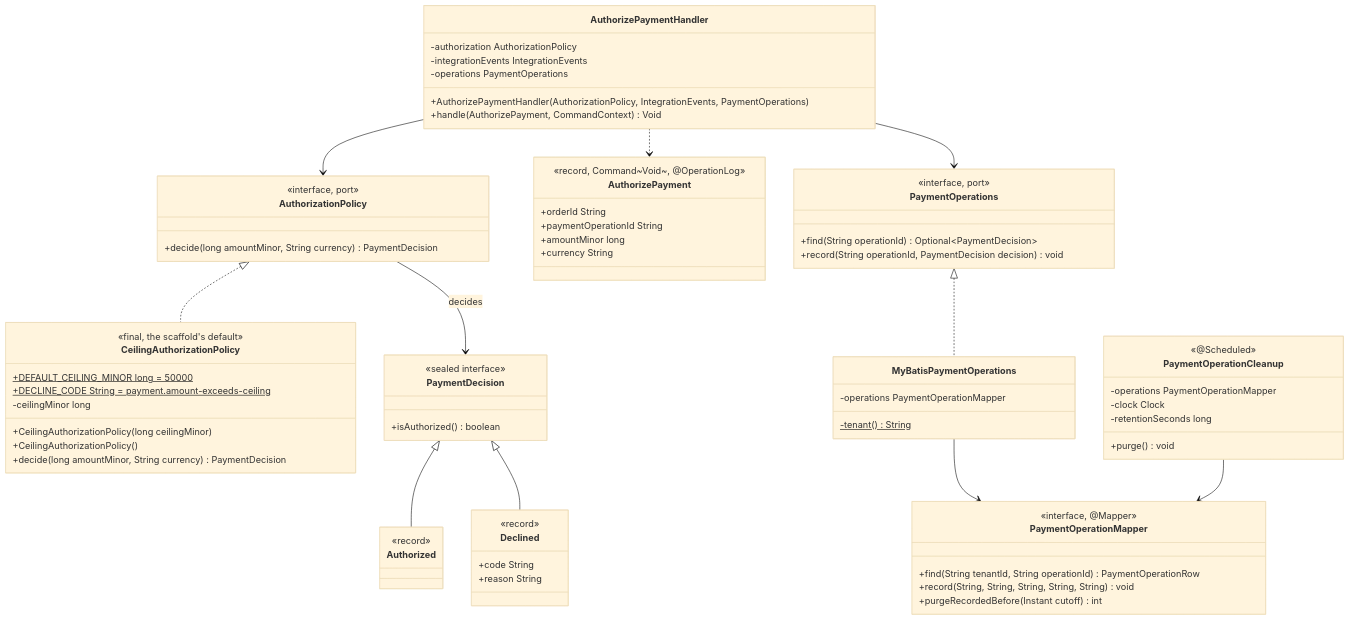
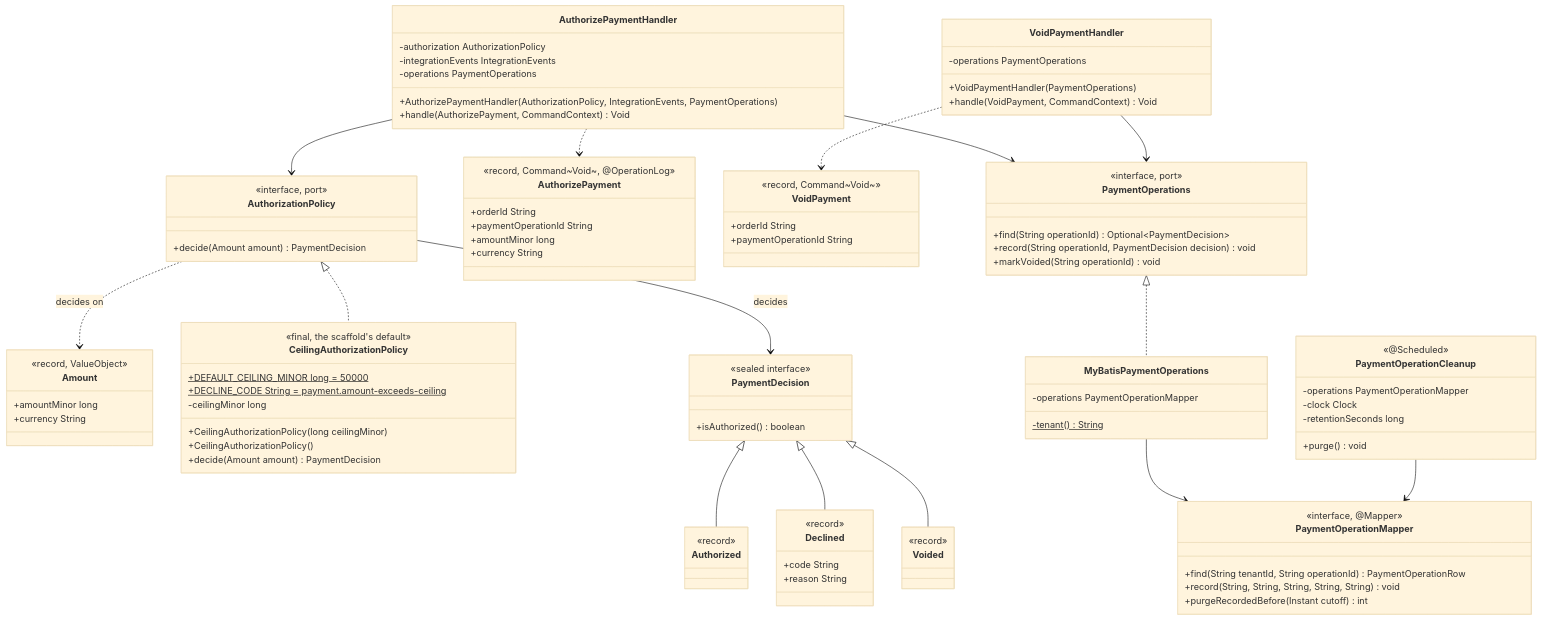
One commit to ryan-alexander-zhang/ai-native-project-template changed the seventh of 9 diagrams in aipersimmon-ddd-scaffold/multi-module/docs/class-diagram.md. Above: the diagram before and after it, drawn with Mermaid (base theme). The commit also changed other lines of this file and 5 other files, not shown here.

```diff
--- a/aipersimmon-ddd-scaffold/multi-module/docs/class-diagram.md
+++ b/aipersimmon-ddd-scaffold/multi-module/docs/class-diagram.md
@@ -860,9 +884,14 @@
 classDiagram
     direction TB
 
+    class Amount {
+        <<record, ValueObject>>
+        +amountMinor long
+        +currency String
+    }
     class AuthorizationPolicy {
         <<interface, port>>
-        +decide(long amountMinor, String currency) PaymentDecision
+        +decide(Amount amount) PaymentDecision
     }
     class CeilingAuthorizationPolicy {
         <<final, the scaffold's default>>
@@ -871,7 +900,7 @@
         -ceilingMinor long
         +CeilingAuthorizationPolicy(long ceilingMinor)
         +CeilingAuthorizationPolicy()
-        +decide(long amountMinor, String currency) PaymentDecision
+        +decide(Amount amount) PaymentDecision
     }
     class PaymentDecision {
         <<sealed interface>>
@@ -884,6 +913,9 @@
         <<record>>
         +code String
         +reason String
+    }
+    class Voided {
+        <<record>>
     }
     class AuthorizePayment {
         <<record, Command~Void~, @OperationLog>>
@@ -899,10 +931,21 @@
         +AuthorizePaymentHandler(AuthorizationPolicy, IntegrationEvents, PaymentOperations)
         +handle(AuthorizePayment, CommandContext) Void
     }
+    class VoidPayment {
+        <<record, Command~Void~>>
+        +orderId String
+        +paymentOperationId String
+    }
+    class VoidPaymentHandler {
+        -operations PaymentOperations
+        +VoidPaymentHandler(PaymentOperations)
+        +handle(VoidPayment, CommandContext) Void
+    }
     class PaymentOperations {
         <<interface, port>>
         +find(String operationId) Optional~PaymentDecision~
         +record(String operationId, PaymentDecision decision) void
+        +markVoided(String operationId) void
     }
     class MyBatisPaymentOperations {
         -operations PaymentOperationMapper
@@ -924,11 +967,15 @@
 
     PaymentDecision <|-- Authorized
     PaymentDecision <|-- Declined
+    PaymentDecision <|-- Voided
     AuthorizationPolicy <|.. CeilingAuthorizationPolicy
+    AuthorizationPolicy ..> Amount : decides on
     AuthorizationPolicy --> PaymentDecision : decides
     AuthorizePaymentHandler ..> AuthorizePayment
     AuthorizePaymentHandler --> AuthorizationPolicy
     AuthorizePaymentHandler --> PaymentOperations
+    VoidPaymentHandler ..> VoidPayment
+    VoidPaymentHandler --> PaymentOperations
     PaymentOperations <|.. MyBatisPaymentOperations
     MyBatisPaymentOperations --> PaymentOperationMapper
     PaymentOperationCleanup --> PaymentOperationMapper
```
